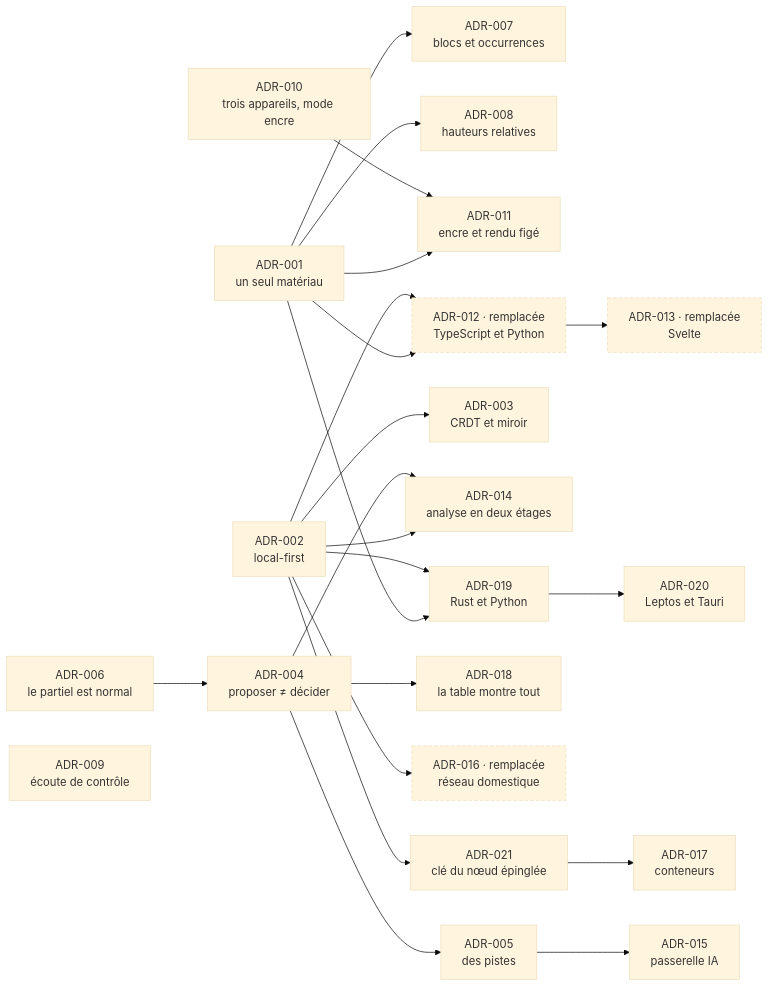
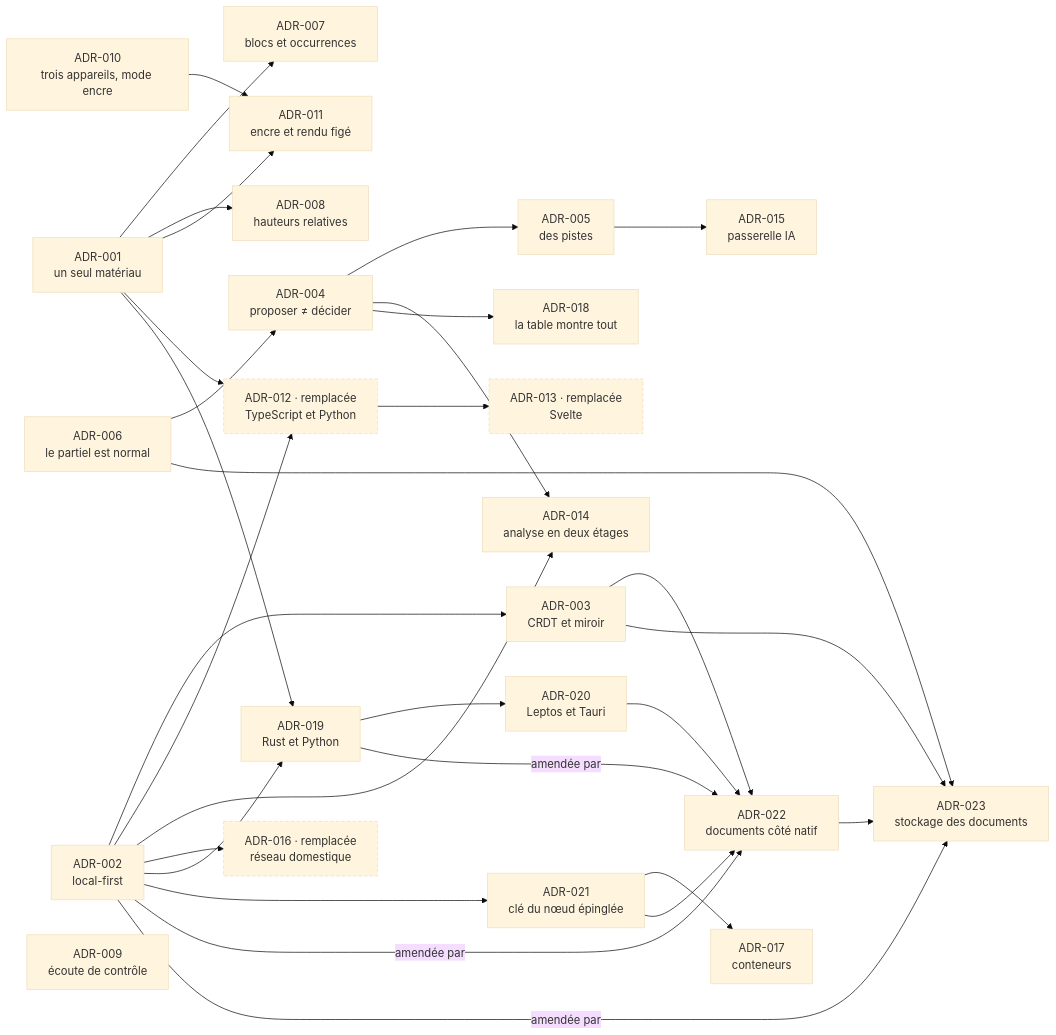
One commit to EdouardZemb/pupitre changed the diagram in docs/adr/README.md. Above: the diagram before and after it, drawn with Mermaid (base theme). The commit also changed other lines of this file and 24 other files, not shown here.

````diff
--- a/docs/adr/README.md
+++ b/docs/adr/README.md
@@ -54,25 +67,34 @@
 ```mermaid
 flowchart LR
   classDef remplacee stroke-dasharray:5 3
   A1["ADR-001<br/>un seul matériau"] --> A7["ADR-007<br/>blocs et occurrences"]
   A1 --> A8["ADR-008<br/>hauteurs relatives"]
   A1 --> A11["ADR-011<br/>encre et rendu figé"]
   A1 --> A12["ADR-012 · remplacée<br/>TypeScript et Python"]:::remplacee
   A2["ADR-002<br/>local-first"] --> A3["ADR-003<br/>CRDT et miroir"]
   A2 --> A12
   A12 --> A13["ADR-013 · remplacée<br/>Svelte"]:::remplacee
   A2 --> A14["ADR-014<br/>analyse en deux étages"]
   A4["ADR-004<br/>proposer ≠ décider"] --> A5["ADR-005<br/>des pistes"]
   A4 --> A14
   A4 --> A18["ADR-018<br/>la table montre tout"]
   A5 --> A15["ADR-015<br/>passerelle IA"]
   A10["ADR-010<br/>trois appareils, mode encre"] --> A11
   A2 --> A16["ADR-016 · remplacée<br/>réseau domestique"]:::remplacee
   A6["ADR-006<br/>le partiel est normal"] --> A4
   A9["ADR-009<br/>écoute de contrôle"]
   A1 --> A19["ADR-019<br/>Rust et Python"]
   A2 --> A19
   A19 --> A20["ADR-020<br/>Leptos et Tauri"]
   A2 --> A21["ADR-021<br/>clé du nœud épinglée"]
   A21 --> A17["ADR-017<br/>conteneurs"]
+  A2 -->|amendée par| A22["ADR-022<br/>documents côté natif"]
+  A19 -->|amendée par| A22
+  A3 --> A22
+  A20 --> A22
+  A21 --> A22
+  A2 -->|amendée par| A23["ADR-023<br/>stockage des documents"]
+  A3 --> A23
+  A6 --> A23
+  A22 --> A23
 ```
````
